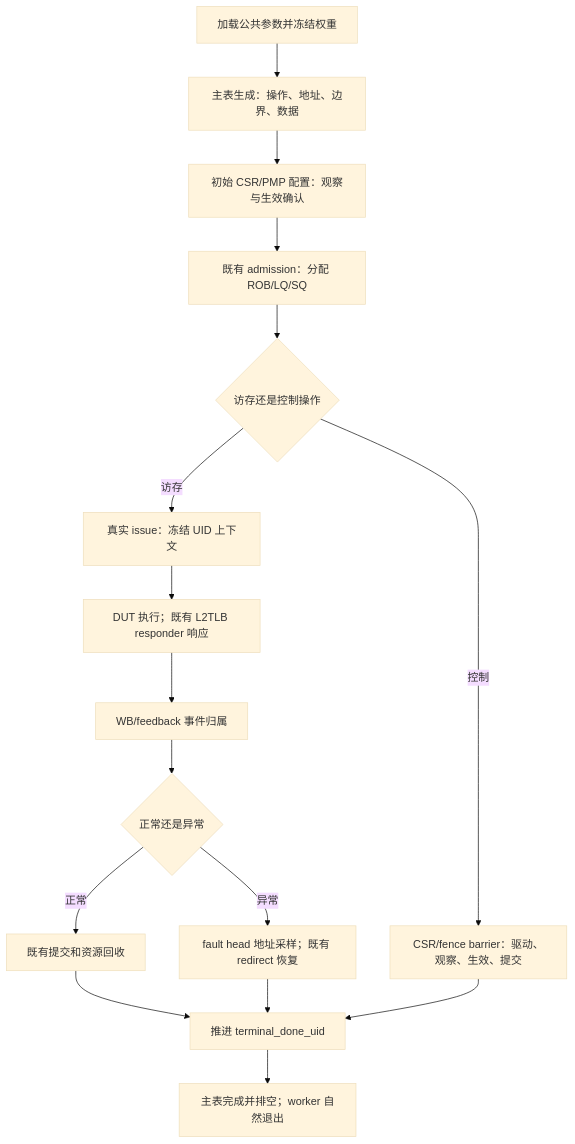
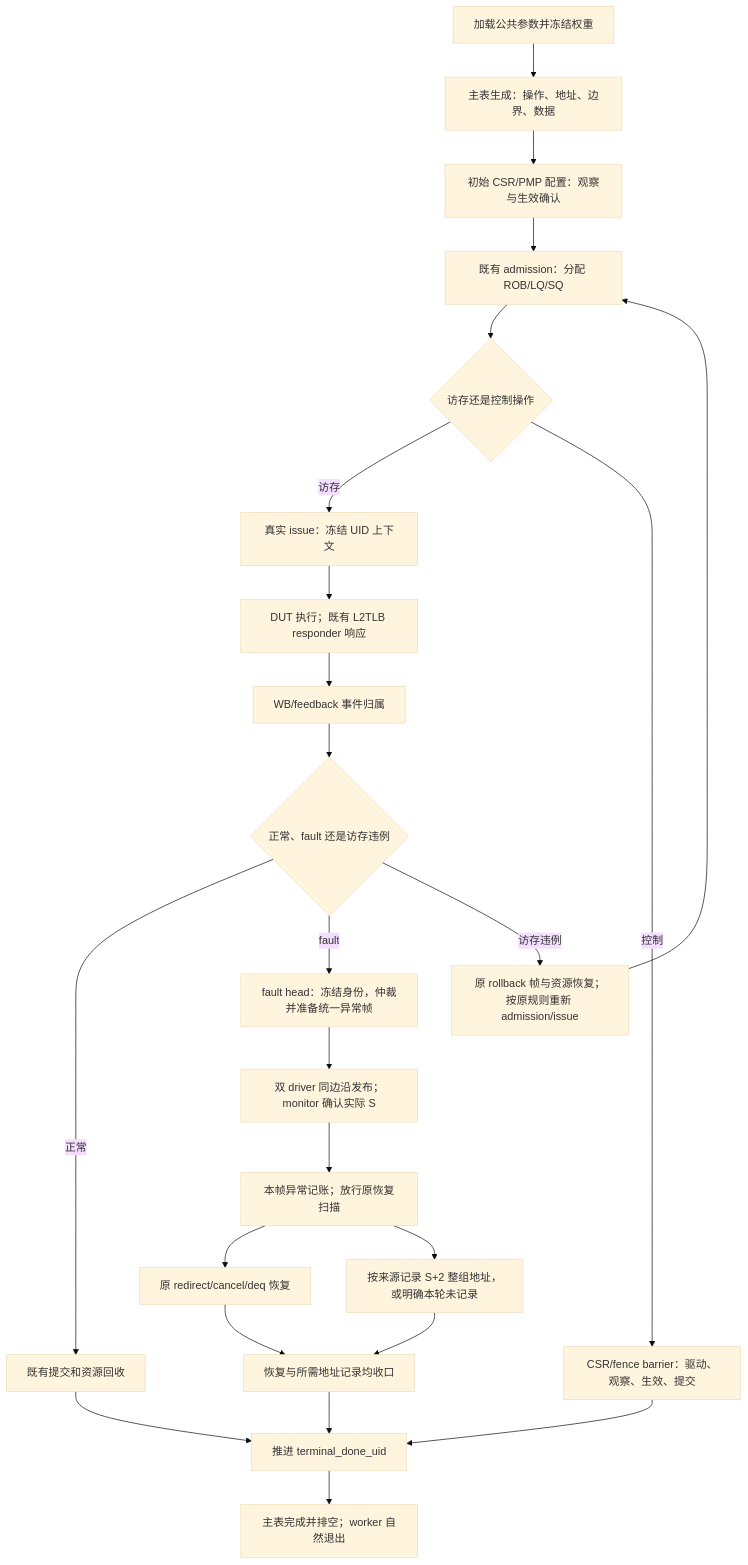
One commit to OpenXiangShan/XiangShan changed the diagram in AI_DOC/plan/test_framework/plan/undo/memblock_virtualization_framework_support_plan_20261109.md. Above: the diagram before and after it, drawn with Mermaid (base theme). The commit also changed other lines of this file and 11 other files, not shown here.

````diff
--- a/AI_DOC/plan/test_framework/plan/undo/memblock_virtualization_framework_support_plan_20261109.md
+++ b/AI_DOC/plan/test_framework/plan/undo/memblock_virtualization_framework_support_plan_20261109.md
@@ -94,18 +106,26 @@
 ```mermaid
 flowchart TD
     A["加载公共参数并冻结权重"] --> B["主表生成：操作、地址、边界、数据"]
     B --> C["初始 CSR/PMP 配置：观察与生效确认"]
     C --> D["既有 admission：分配 ROB/LQ/SQ"]
     D --> E{"访存还是控制操作"}
     E -- 访存 --> F["真实 issue：冻结 UID 上下文"]
     F --> G["DUT 执行；既有 L2TLB responder 响应"]
     G --> H["WB/feedback 事件归属"]
-    H --> I{"正常还是异常"}
+    H --> I{"正常、fault 还是访存违例"}
     I -- 正常 --> J["既有提交和资源回收"]
-    I -- 异常 --> K["fault head 地址采样；既有 redirect 恢复"]
+    I -- fault --> K["fault head：冻结身份，仲裁并准备统一异常帧"]
+    I -- 访存违例 --> V["原 rollback 帧与资源恢复；按原规则重新 admission/issue"]
+    V --> D
+    K --> K1["双 driver 同边沿发布；monitor 确认实际 S"]
+    K1 --> K2["本帧异常记账；放行原恢复扫描"]
+    K2 --> K3["原 redirect/cancel/deq 恢复"]
+    K2 --> K4["按来源记录 S+2 整组地址，或明确本轮未记录"]
     E -- 控制 --> L["CSR/fence barrier：驱动、观察、生效、提交"]
     J --> M["推进 terminal_done_uid"]
-    K --> M
+    K3 --> K5["恢复与所需地址记录均收口"]
+    K4 --> K5
+    K5 --> M
     L --> M
     M --> N["主表完成并排空；worker 自然退出"]
 ```
````
